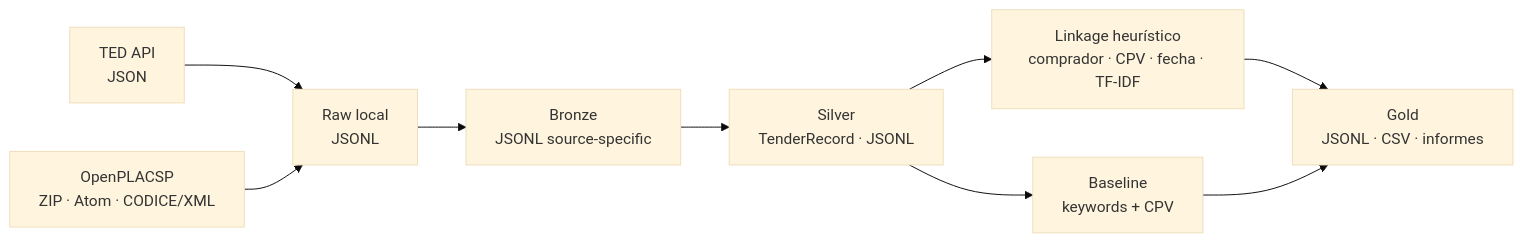
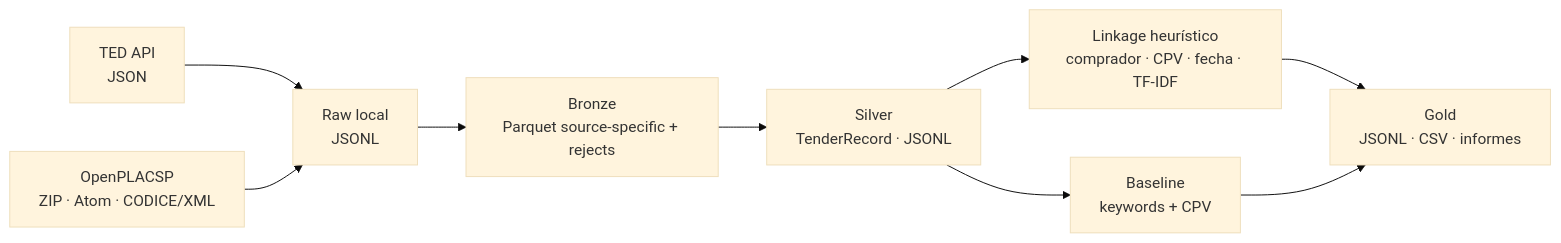
The first of 2 diagrams in docs/architecture.md (tomcrojo/tfm-licitaciones), drawn with Mermaid (base theme) before and after one commit. The commit also changed other lines of this file and 8 other files, not shown here.

Commit message:
feat: persist observable Bronze batches in Parquet

````diff
--- a/docs/architecture.md
+++ b/docs/architecture.md
@@ -24,11 +24,11 @@
 ```mermaid
 flowchart LR
     TED["TED API<br/>JSON"] --> RAW["Raw local<br/>JSONL"]
     PLACSP["OpenPLACSP<br/>ZIP · Atom · CODICE/XML"] --> RAW
-    RAW --> BRONZE["Bronze<br/>JSONL source-specific"]
+    RAW --> BRONZE["Bronze<br/>Parquet source-specific + rejects"]
     BRONZE --> SILVER["Silver<br/>TenderRecord · JSONL"]
     SILVER --> LINK["Linkage heurístico<br/>comprador · CPV · fecha · TF-IDF"]
     SILVER --> CLASS["Baseline<br/>keywords + CPV"]
     LINK --> GOLD["Gold<br/>JSONL · CSV · informes"]
     CLASS --> GOLD
 ```
````
